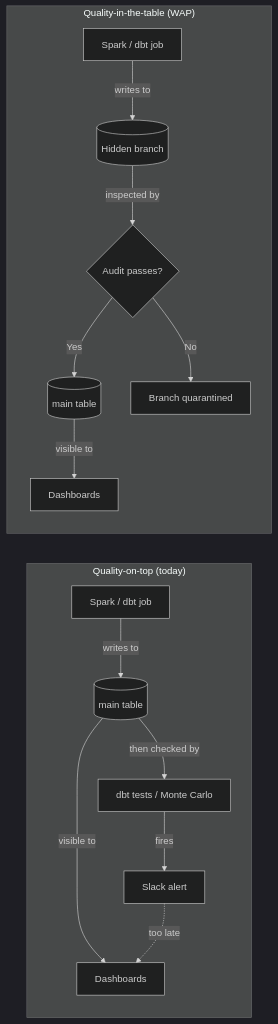
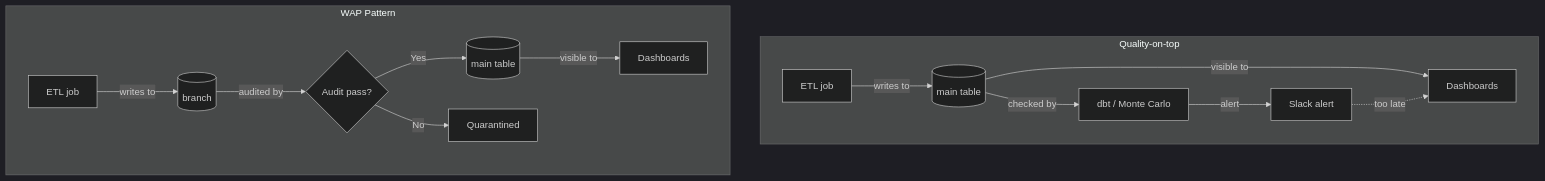
Before and after one commit to Vaibhavfrenz/blogs: the diagram in diagrams/quality-diagram-comparison.mmd, drawn with Mermaid (dark theme). The commit also changed 4 other files, not shown here.

First line of the commit message:
Fix diagram label clipping in quality article

```diff
--- a/diagrams/quality-diagram-comparison.mmd
+++ b/diagrams/quality-diagram-comparison.mmd
@@ -1,15 +1,15 @@
-flowchart LR
-    subgraph TOP["Quality-on-top (today)"]
-        A1[Spark / dbt job] -->|writes to| B1[(main table)]
+flowchart TB
+    subgraph TOP["Quality-on-top"]
+        A1[ETL job] -->|writes to| B1[(main table)]
         B1 -->|visible to| C1[Dashboards]
-        B1 -->|then checked by| D1[dbt tests / Monte Carlo]
-        D1 -->|fires| E1[Slack alert]
+        B1 -->|checked by| D1["dbt / Monte Carlo"]
+        D1 -->|alert| E1[Slack alert]
         E1 -.->|too late| C1
     end
-    subgraph WAP["Quality-in-the-table (WAP)"]
-        A2[Spark / dbt job] -->|writes to| B2[(Hidden branch)]
-        B2 -->|inspected by| D2{Audit passes?}
+    subgraph WAP["WAP Pattern"]
+        A2[ETL job] -->|writes to| B2[(branch)]
+        B2 -->|audited by| D2{"Audit pass?"}
         D2 -->|Yes| F2[(main table)]
-        D2 -->|No| G2[Branch quarantined]
+        D2 -->|No| G2[Quarantined]
         F2 -->|visible to| C2[Dashboards]
     end
```
